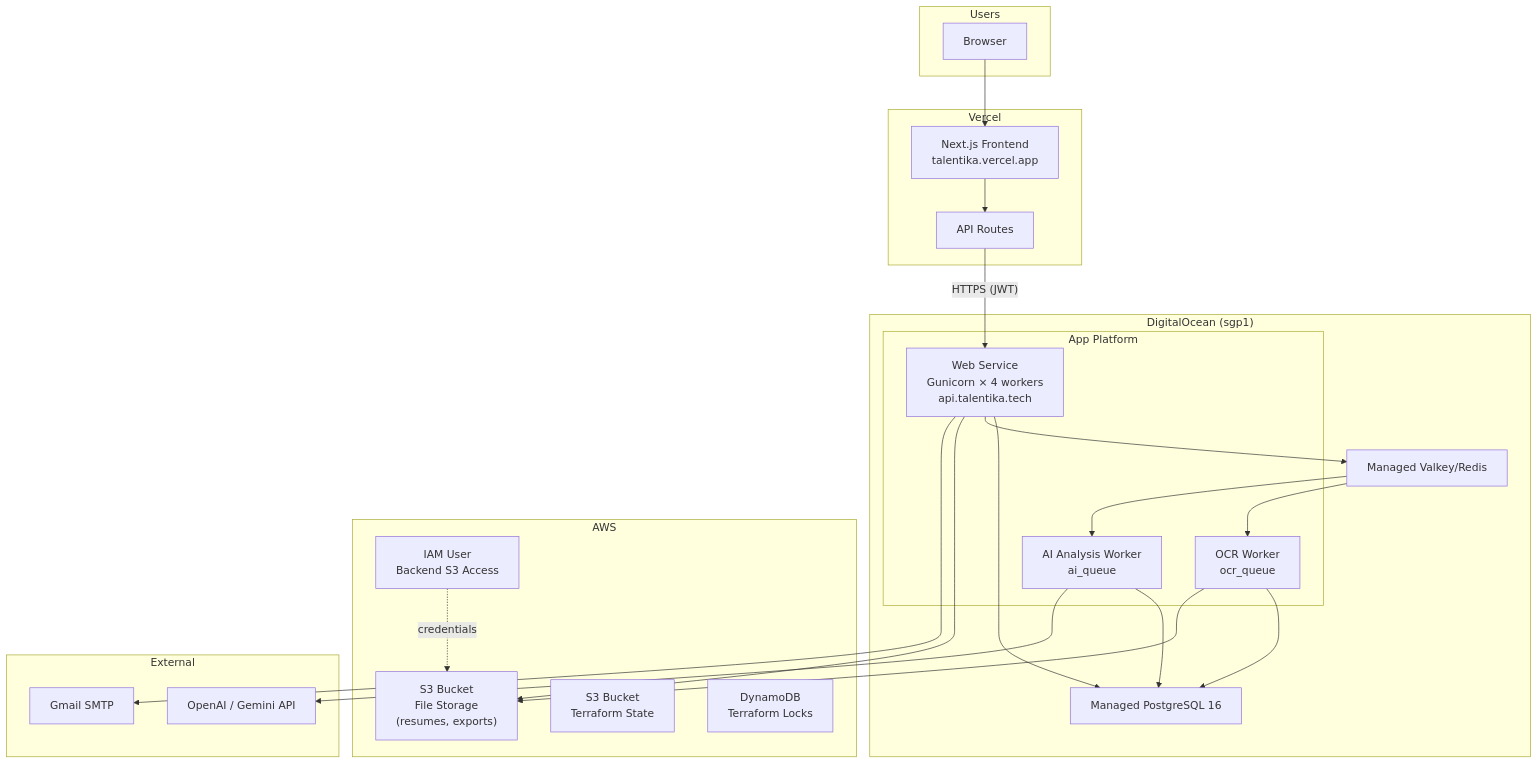
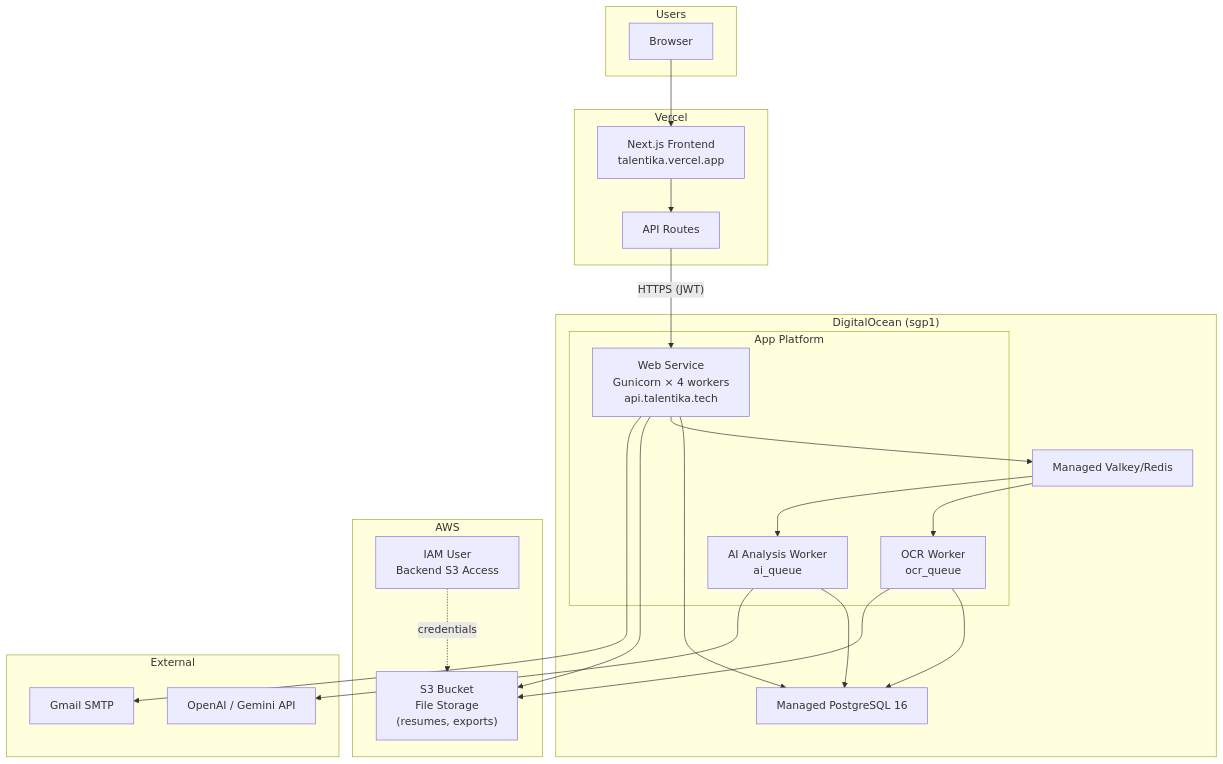
Before and after one commit to roiceee/talentika: the second of 4 diagrams in documentation/system-architecture.md, drawn with Mermaid.

Commit message:
feat: remove Terraform state and locks from AWS architecture diagram

````diff
--- a/documentation/system-architecture.md
+++ b/documentation/system-architecture.md
@@ -58,49 +58,47 @@
 ```mermaid
 graph TB
     subgraph Users
         Browser["Browser"]
     end
 
     subgraph Vercel
         NextJS["Next.js Frontend<br/>talentika.vercel.app"]
         APIRoutes["API Routes"]
         NextJS --> APIRoutes
     end
 
     subgraph DigitalOcean["DigitalOcean (sgp1)"]
         subgraph AppPlatform["App Platform"]
             Gunicorn["Web Service<br/>Gunicorn × 4 workers<br/>api.talentika.tech"]
             OCRWorker["OCR Worker<br/>ocr_queue"]
             AIWorker["AI Analysis Worker<br/>ai_queue"]
         end
 
         ManagedPostgres["Managed PostgreSQL 16"]
         ManagedRedis["Managed Valkey/Redis"]
     end
 
     subgraph AWS
         S3["S3 Bucket<br/>File Storage<br/>(resumes, exports)"]
         IAM["IAM User<br/>Backend S3 Access"]
-        S3State["S3 Bucket<br/>Terraform State"]
-        DynamoDB["DynamoDB<br/>Terraform Locks"]
     end
 
     subgraph External
         OpenAI["OpenAI / Gemini API"]
         SMTP["Gmail SMTP"]
     end
 
     Browser --> NextJS
     APIRoutes -- "HTTPS (JWT)" --> Gunicorn
     Gunicorn --> ManagedPostgres
     Gunicorn --> ManagedRedis
     ManagedRedis --> OCRWorker
     ManagedRedis --> AIWorker
     OCRWorker --> ManagedPostgres
     AIWorker --> ManagedPostgres
     AIWorker --> OpenAI
     Gunicorn --> S3
     OCRWorker --> S3
     IAM -.->|credentials| S3
     Gunicorn --> SMTP
 ```
````
